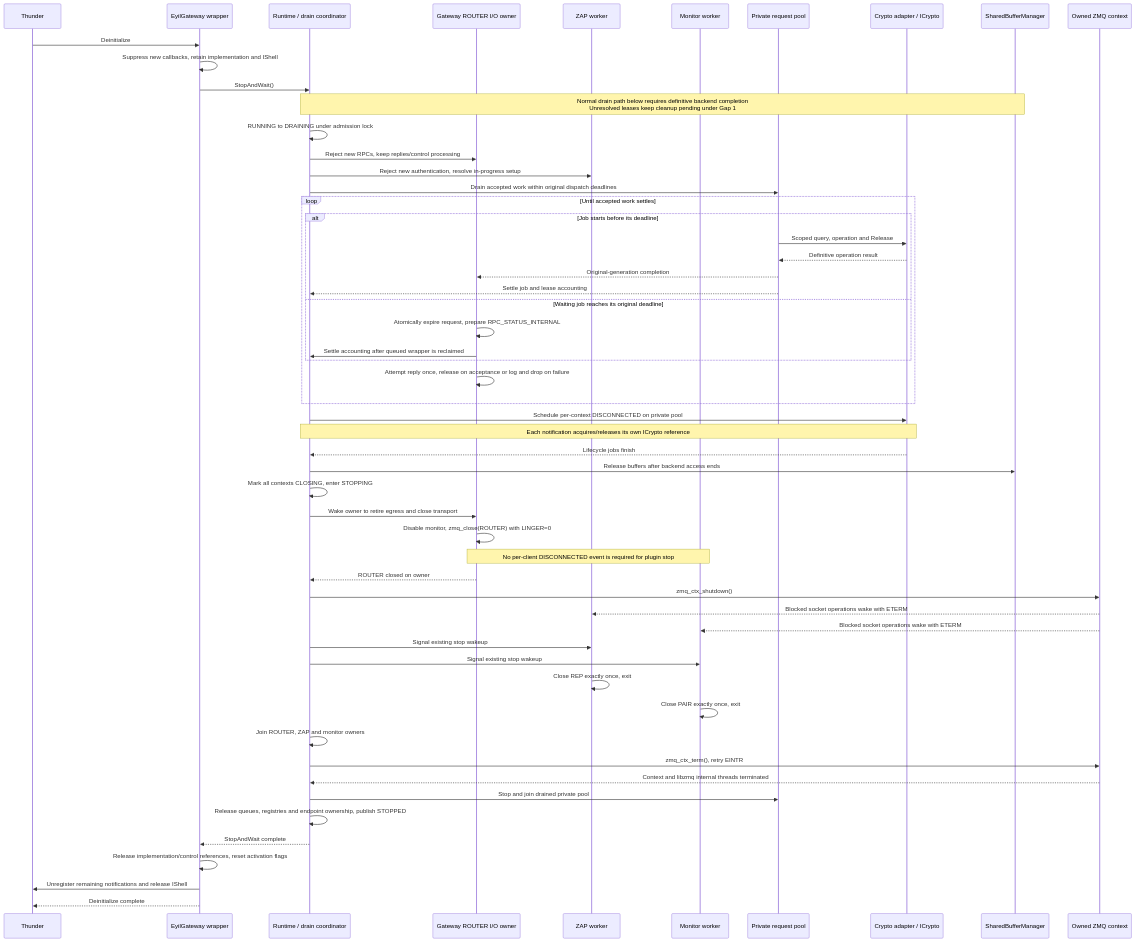
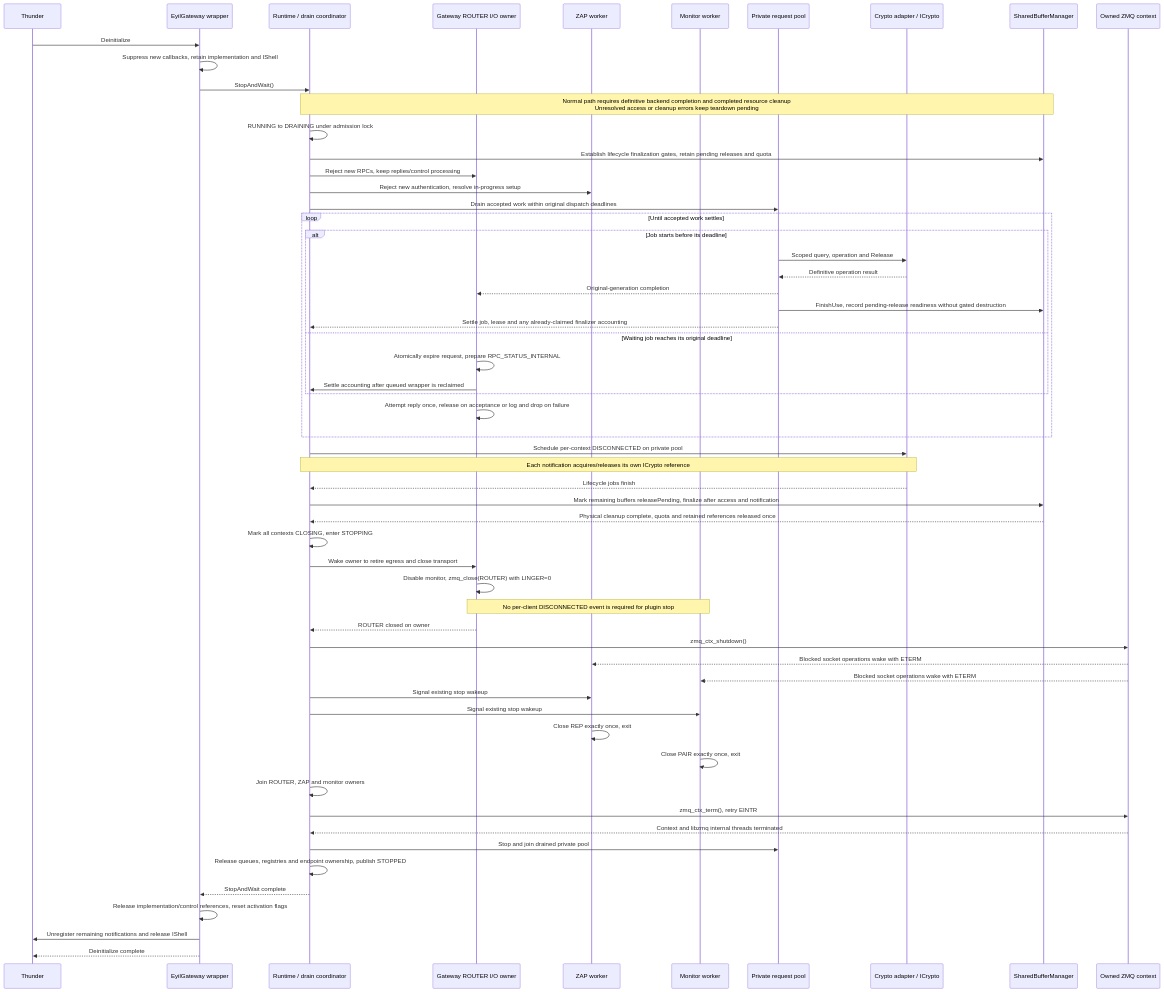
One commit to rdkcentral/eyil-secure-gateway changed diagram 36 of 37 in doc/EyilSecureGateway.md. Above: the diagram before and after it, drawn with Mermaid. The commit also changed other lines of this file, not shown here.

````diff
--- a/doc/EyilSecureGateway.md
+++ b/doc/EyilSecureGateway.md
@@ -4607,58 +4867,61 @@
 ```mermaid
 sequenceDiagram
     participant T as Thunder
     participant P as EyilGateway wrapper
     participant I as Runtime / drain coordinator
     participant R as Gateway ROUTER I/O owner
     participant Z as ZAP worker
     participant M as Monitor worker
     participant W as Private request pool
     participant CP as Crypto adapter / ICrypto
     participant B as SharedBufferManager
     participant X as Owned ZMQ context
     T->>P: Deinitialize
     P->>P: Suppress new callbacks, retain implementation and IShell
     P->>I: StopAndWait()
-    Note over I,B: Normal drain path below requires definitive backend completion<br/>Unresolved leases keep cleanup pending under Gap 1
+    Note over I,B: Normal path requires definitive backend completion and completed resource cleanup<br/>Unresolved access or cleanup errors keep teardown pending
     I->>I: RUNNING to DRAINING under admission lock
+    I->>B: Establish lifecycle finalization gates, retain pending releases and quota
     I->>R: Reject new RPCs, keep replies/control processing
     I->>Z: Reject new authentication, resolve in-progress setup
     I->>W: Drain accepted work within original dispatch deadlines
     loop Until accepted work settles
         alt Job starts before its deadline
             W->>CP: Scoped query, operation and Release
             CP-->>W: Definitive operation result
             W-->>R: Original-generation completion
-            W-->>I: Settle job and lease accounting
+            W->>B: FinishUse, record pending-release readiness without gated destruction
+            W-->>I: Settle job, lease and any already-claimed finalizer accounting
         else Waiting job reaches its original deadline
             R->>R: Atomically expire request, prepare RPC_STATUS_INTERNAL
             R->>I: Settle accounting after queued wrapper is reclaimed
         end
         R->>R: Attempt reply once, release on acceptance or log and drop on failure
     end
     I->>CP: Schedule per-context DISCONNECTED on private pool
     Note over I,CP: Each notification acquires/releases its own ICrypto reference
     CP-->>I: Lifecycle jobs finish
-    I->>B: Release buffers after backend access ends
+    I->>B: Mark remaining buffers releasePending, finalize after access and notification
+    B-->>I: Physical cleanup complete, quota and retained references released once
     I->>I: Mark all contexts CLOSING, enter STOPPING
     I->>R: Wake owner to retire egress and close transport
     R->>R: Disable monitor, zmq_close(ROUTER) with LINGER=0
     Note over R,M: No per-client DISCONNECTED event is required for plugin stop
     R-->>I: ROUTER closed on owner
     I->>X: zmq_ctx_shutdown()
     X-->>Z: Blocked socket operations wake with ETERM
     X-->>M: Blocked socket operations wake with ETERM
     I->>Z: Signal existing stop wakeup
     I->>M: Signal existing stop wakeup
     Z->>Z: Close REP exactly once, exit
     M->>M: Close PAIR exactly once, exit
     I->>I: Join ROUTER, ZAP and monitor owners
     I->>X: zmq_ctx_term(), retry EINTR
     X-->>I: Context and libzmq internal threads terminated
     I->>W: Stop and join drained private pool
     I->>I: Release queues, registries and endpoint ownership, publish STOPPED
     I-->>P: StopAndWait complete
     P->>P: Release implementation/control references, reset activation flags
     P->>T: Unregister remaining notifications and release IShell
     P-->>T: Deinitialize complete
 ```
````
